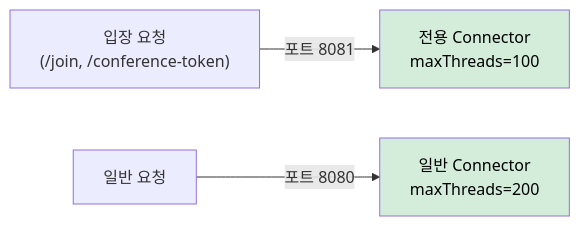
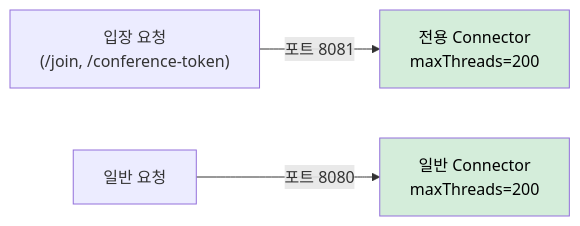
One commit to sujinnkim/A_Personal changed the second of 4 diagrams in docs/04-architecture-analysis/3.2-problem-analysis-and-strategy/AS-04-입장전용처리경로확보.md. Above: the diagram before and after it, drawn with Mermaid. The commit also changed other lines of this file and 30 other files, not shown here.

````diff
--- a/docs/04-architecture-analysis/3.2-problem-analysis-and-strategy/AS-04-입장전용처리경로확보.md
+++ b/docs/04-architecture-analysis/3.2-problem-analysis-and-strategy/AS-04-입장전용처리경로확보.md
@@ -57,7 +57,7 @@
 ```mermaid
 flowchart LR
-    REQ_J["입장 요청\n(/join, /conference-token)"] -->|"포트 8081"| C8081["전용 Connector\nmaxThreads=100"]
+    REQ_J["입장 요청\n(/join, /conference-token)"] -->|"포트 8081"| C8081["전용 Connector\nmaxThreads=200"]
     REQ_Q["일반 요청"] -->|"포트 8080"| C8080["일반 Connector\nmaxThreads=200"]
     style C8081 fill:#d4edda,color:#000
     style C8080 fill:#d4edda,color:#000
 ```
````
